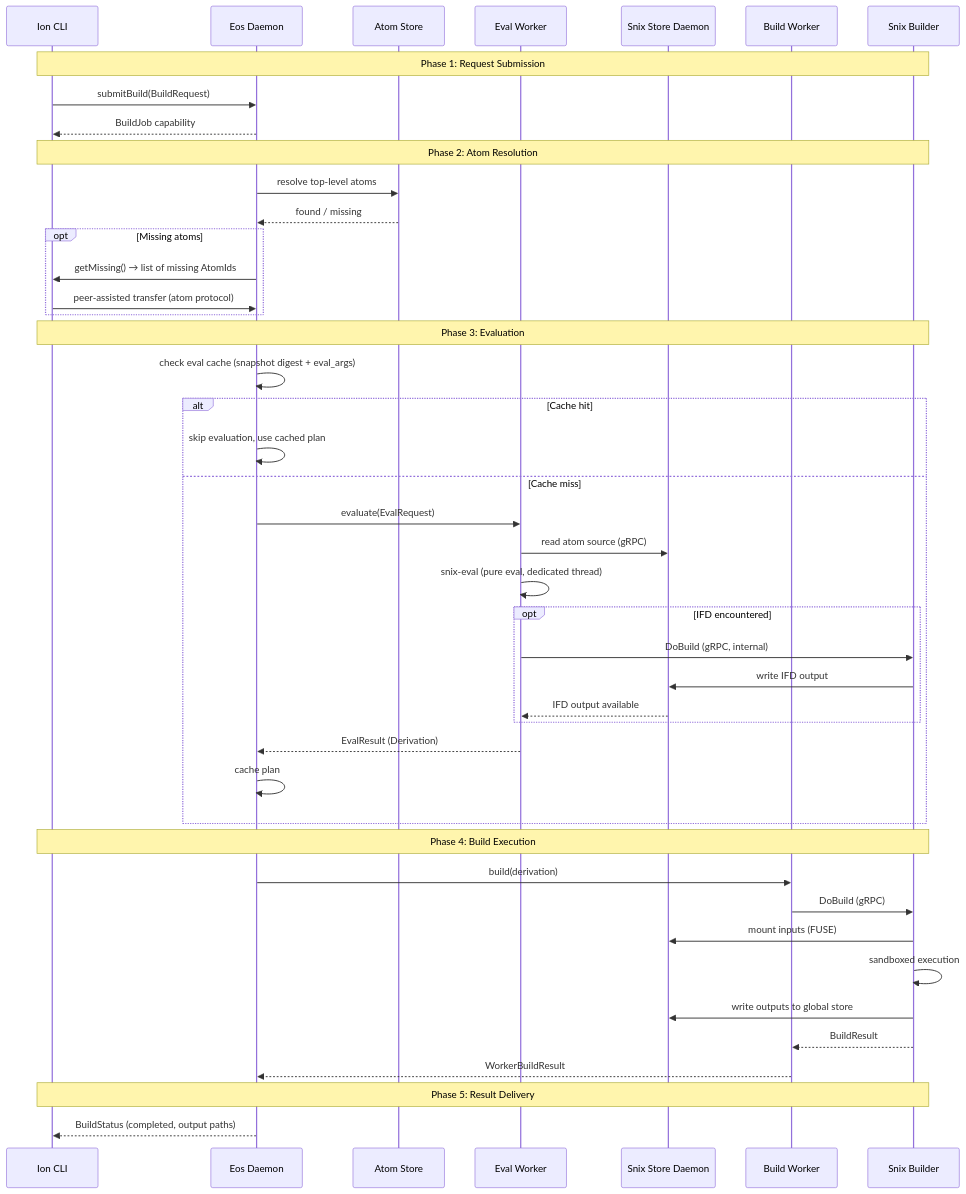
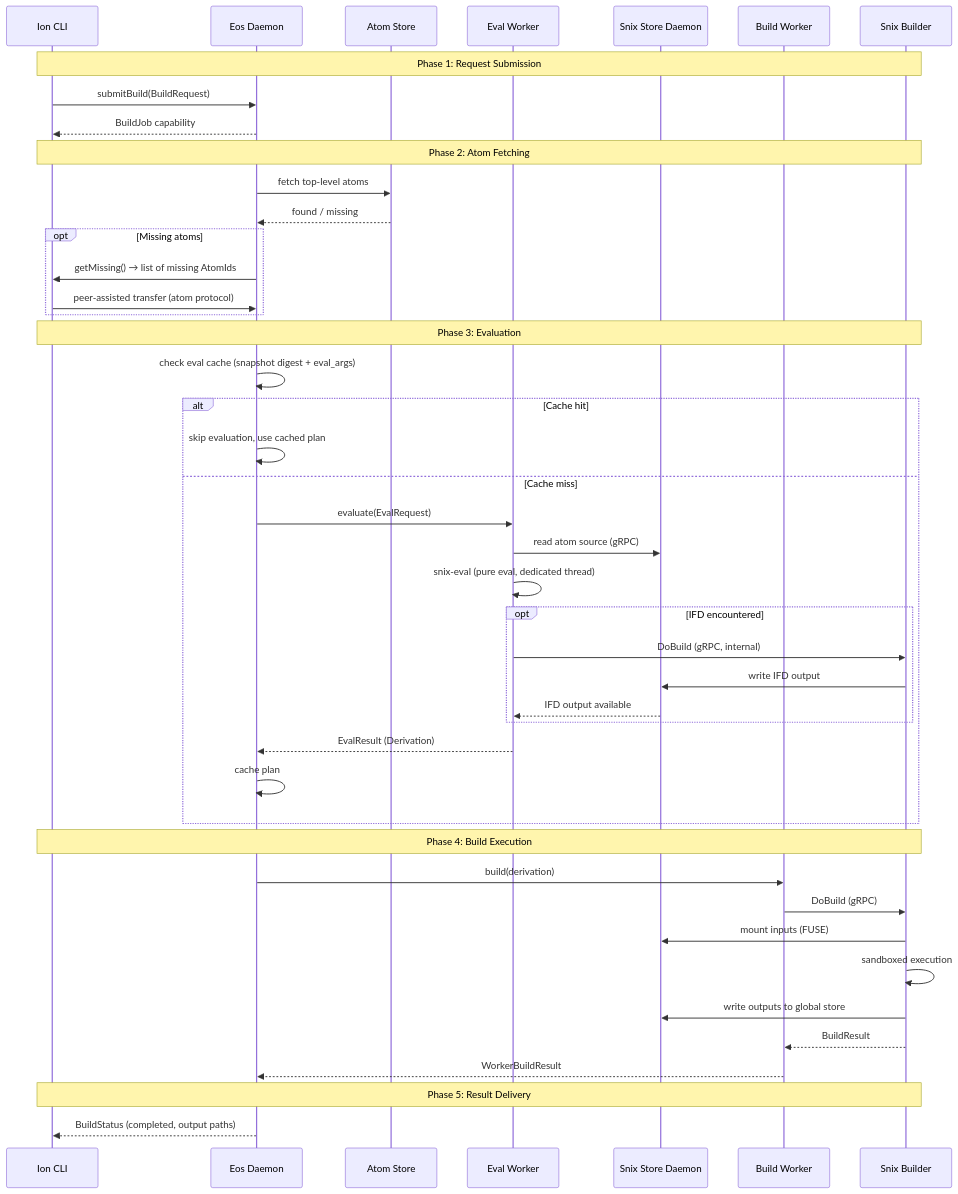
Before and after one commit to axiosoph/axios: the sixth of 10 diagrams in docs/architecture/eos-sad.md, drawn with Mermaid. The commit also changed other lines of this file, not shown here.

````diff
--- a/docs/architecture/eos-sad.md
+++ b/docs/architecture/eos-sad.md
@@ -385,51 +400,51 @@
 ```mermaid
 sequenceDiagram
     participant Ion as Ion CLI
     participant Daemon as Eos Daemon
     participant AtomStore as Atom Store
     participant EvalWorker as Eval Worker
     participant SnixStore as Snix Store Daemon
     participant BuildWorker as Build Worker
     participant SnixBuilder as Snix Builder
 
     Note over Ion,SnixBuilder: Phase 1: Request Submission
     Ion->>Daemon: submitBuild(BuildRequest)
     Daemon-->>Ion: BuildJob capability
 
-    Note over Ion,SnixBuilder: Phase 2: Atom Resolution
-    Daemon->>AtomStore: resolve top-level atoms
+    Note over Ion,SnixBuilder: Phase 2: Atom Fetching
+    Daemon->>AtomStore: fetch top-level atoms
     AtomStore-->>Daemon: found / missing
     opt Missing atoms
         Daemon->>Ion: getMissing() → list of missing AtomIds
         Ion->>Daemon: peer-assisted transfer (atom protocol)
     end
 
     Note over Ion,SnixBuilder: Phase 3: Evaluation
     Daemon->>Daemon: check eval cache (snapshot digest + eval_args)
     alt Cache hit
         Daemon->>Daemon: skip evaluation, use cached plan
     else Cache miss
         Daemon->>EvalWorker: evaluate(EvalRequest)
         EvalWorker->>SnixStore: read atom source (gRPC)
         EvalWorker->>EvalWorker: snix-eval (pure eval, dedicated thread)
         opt IFD encountered
             EvalWorker->>SnixBuilder: DoBuild (gRPC, internal)
             SnixBuilder->>SnixStore: write IFD output
             SnixStore-->>EvalWorker: IFD output available
         end
         EvalWorker-->>Daemon: EvalResult (Derivation)
         Daemon->>Daemon: cache plan
     end
 
     Note over Ion,SnixBuilder: Phase 4: Build Execution
     Daemon->>BuildWorker: build(derivation)
     BuildWorker->>SnixBuilder: DoBuild (gRPC)
     SnixBuilder->>SnixStore: mount inputs (FUSE)
     SnixBuilder->>SnixBuilder: sandboxed execution
     SnixBuilder->>SnixStore: write outputs to global store
     SnixBuilder-->>BuildWorker: BuildResult
     BuildWorker-->>Daemon: WorkerBuildResult
 
     Note over Ion,SnixBuilder: Phase 5: Result Delivery
     Daemon-->>Ion: BuildStatus (completed, output paths)
 ```
````
